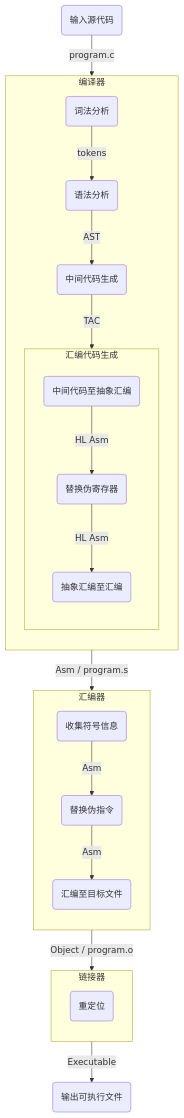
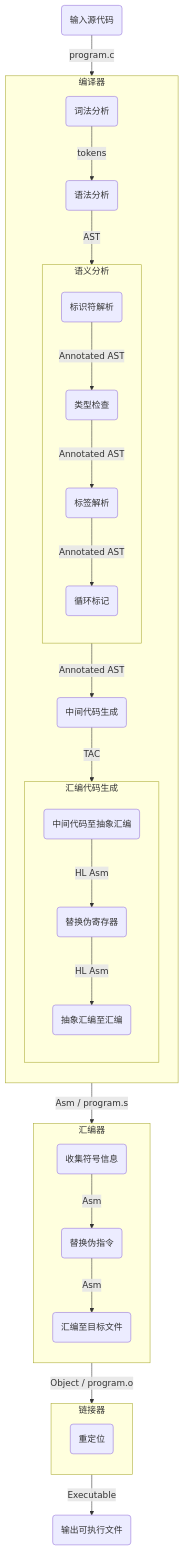
Before and after one commit to FlyMachinee/minecraft-c-language: the first of 2 diagrams in docs/impl_details_zh_cn.md, drawn with Mermaid. The commit also changed 16 other files, not shown here.

````diff
--- a/docs/impl_details_zh_cn.md
+++ b/docs/impl_details_zh_cn.md
@@ -7,42 +7,55 @@
 ```mermaid
 graph TD
 
     subgraph Compiler [编译器]
         direction TD
         Lexer(词法分析)
         Parser(语法分析)
+        
+        subgraph SemanticAnalysis [语义分析]
+            direction TD
+            IdentifierResolution(标识符解析)
+            TypeChecking(类型检查)
+            LabelResolution(标签解析)
+            LoopLabeling(循环标记)
+        end
+        
         TacGen(中间代码生成)
 
         subgraph AsmGen [汇编代码生成]
             direction TD
             TacToHighLevelAsm(中间代码至抽象汇编)
             ReplacePseudoRegister(替换伪寄存器)
             HighLevelAsmToAsm(抽象汇编至汇编)
         end
     end
 
     subgraph Assembler [汇编器]
         direction TD
         CollectSymbols(收集符号信息)
         ReplacePseudoAsm(替换伪指令)
         AsmToObjectFile(汇编至目标文件)
     end
 
     subgraph Linker [链接器]
         direction TD
         Redirect(重定位)
     end
 
     Start(输入源代码)
     --> |program.c| Lexer
     --> |tokens| Parser
-    --> |AST| TacGen
+    --> |AST| IdentifierResolution
+    --> |Annotated AST| TypeChecking
+    --> |Annotated AST| LabelResolution
+    --> |Annotated AST| LoopLabeling
+    --> |Annotated AST| TacGen
     --> |TAC| TacToHighLevelAsm
     --> |HL Asm| ReplacePseudoRegister
     --> |HL Asm| HighLevelAsmToAsm
     --> |Asm / program.s| CollectSymbols
     --> |Asm| ReplacePseudoAsm
     --> |Asm| AsmToObjectFile
     --> |Object / program.o| Redirect
     --> |Executable| Stop(输出可执行文件)
 ```
````
